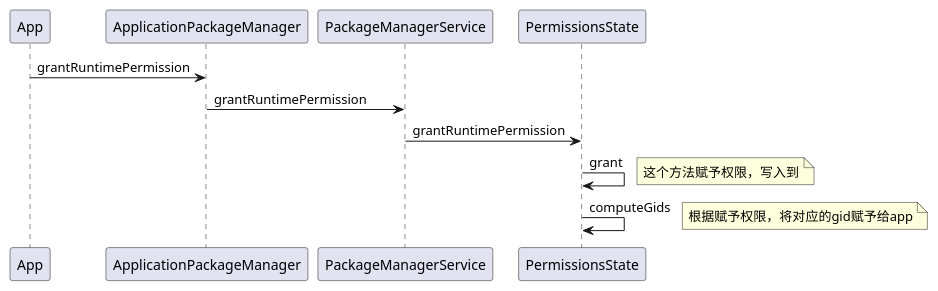
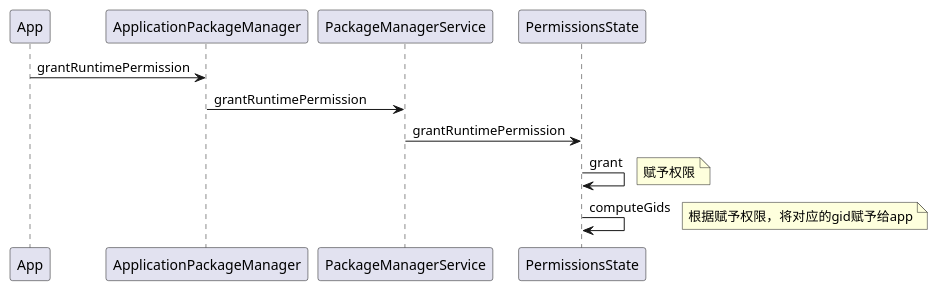
The diagram in android/dual_app/gid/grant_permission_gid.puml (SamayLi/Markdown), drawn with PlantUML before and after one commit. The commit also changed 1 other file, not shown here.

```diff
--- a/android/dual_app/gid/grant_permission_gid.puml
+++ b/android/dual_app/gid/grant_permission_gid.puml
@@ -1,10 +1,10 @@
 @startuml
 App -> ApplicationPackageManager: grantRuntimePermission
 ApplicationPackageManager -> PackageManagerService: grantRuntimePermission
 
 PackageManagerService -> PermissionsState: grantRuntimePermission
 PermissionsState -> PermissionsState: grant
-note right: 这个方法赋予权限，写入到
+note right: 赋予权限
 PermissionsState -> PermissionsState:computeGids
 note right:根据赋予权限，将对应的gid赋予给app
 @enduml
```
